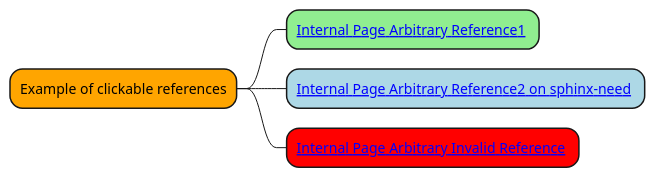
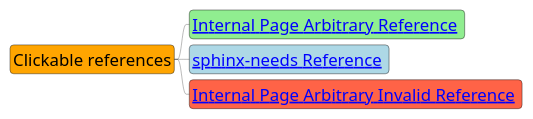
The diagram in doc/source/test/textx/testz/test-plantuml3.rst (mi-parkes/sphinx-diagram-connect), drawn with PlantUML before and after one commit. The commit also changed other lines of this file and 176 other files, not shown here.

First line of the commit message:
feat: Refactor Sphinx extension into DiagramConnect class (#18)

```diff
--- a/doc/source/test/textx/testz/test-plantuml3.rst
+++ b/doc/source/test/textx/testz/test-plantuml3.rst
@@ -16,12 +16,14 @@
 .. uml::
     :caption: PlantUML Caption with **bold** and *italic*
     :name: PlantUML Label2
 
     @startmindmap mindmap2
+    scale 0.3
+    skinparam defaultFontSize 56
 
-    *[#Orange] Example of clickable references
-    **[#lightgreen] [[ ":ref:`plantuml label1`" Internal Page Arbitrary Reference1 ]]
-    **[#lightblue] [[ ":ref:`N_00001`" Internal Page Arbitrary Reference2 on sphinx-need ]]
-    **[#red] [[ ":ref:`N_00003`" Internal Page Arbitrary Invalid Reference ]]
+    *[#Orange] Clickable references
+    **[#lightgreen] [[ ":ref:`plantuml label1`" Internal Page Arbitrary Reference ]]
+    **[#lightblue] [[ ":ref:`spc_demo_00001`" sphinx-needs Reference ]]
+    **[#Tomato] [[ ":ref:`N_00003`" Internal Page Arbitrary Invalid Reference ]]
 
     @endmindmap
```
